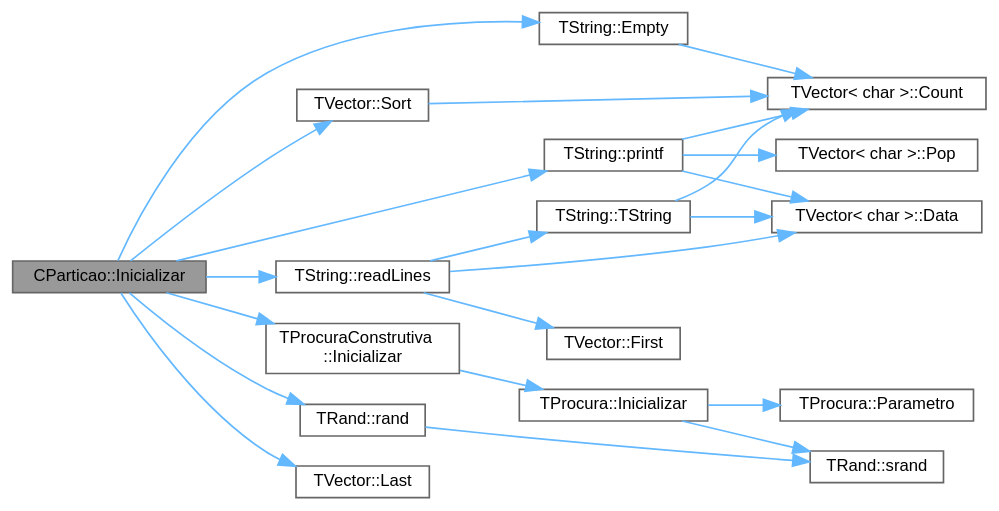
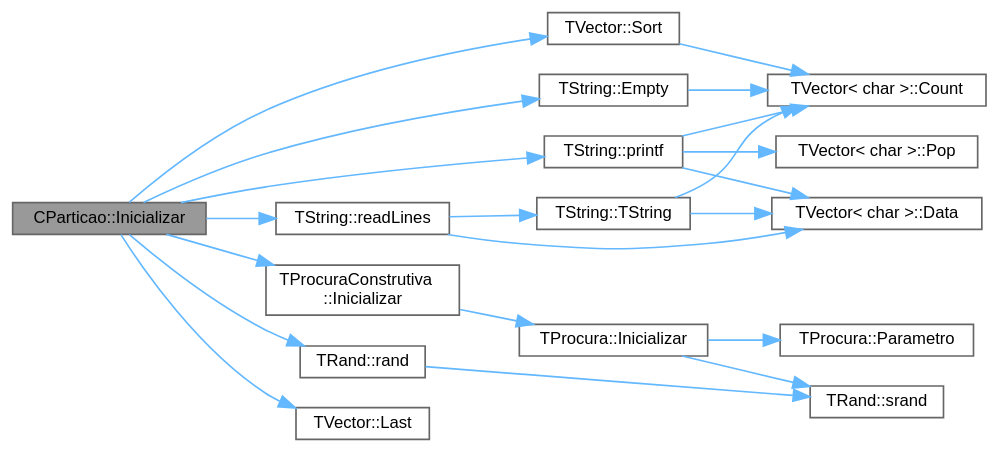
The diagram in classCParticao_a9398d7eb5af933dd64c50bb09bba6400_cgraph.dot (jcoelho72/TProcura), drawn with Graphviz before and after one commit. The commit also changed 23 other files, not shown here.

```diff
--- a/classCParticao_a9398d7eb5af933dd64c50bb09bba6400_cgraph.dot
+++ b/classCParticao_a9398d7eb5af933dd64c50bb09bba6400_cgraph.dot
@@ -1,45 +1,43 @@
 digraph "CParticao::Inicializar"
 {
  // LATEX_PDF_SIZE
   bgcolor="transparent";
   edge [fontname=Helvetica,fontsize=10,labelfontname=Helvetica,labelfontsize=10];
   node [fontname=Helvetica,fontsize=10,shape=box,height=0.2,width=0.4];
   rankdir="LR";
   Node1 [id="Node000001",label="CParticao::Inicializar",height=0.2,width=0.4,color="gray40", fillcolor="grey60", style="filled", fontcolor="black",tooltip="Coloca o objecto no estado inicial da procura."];
   Node1 -> Node2 [id="edge1_Node000001_Node000002",color="steelblue1",style="solid",tooltip=" "];
   Node2 [id="Node000002",label="TString::Empty",height=0.2,width=0.4,color="grey40", fillcolor="white", style="filled",URL="$classTString.html#a8c4d6fec2dd3afac9a4f3442b786af33",tooltip=" "];
   Node2 -> Node3 [id="edge2_Node000002_Node000003",color="steelblue1",style="solid",tooltip=" "];
   Node3 [id="Node000003",label="TVector\< char \>::Count",height=0.2,width=0.4,color="grey40", fillcolor="white", style="filled",URL="$classTVector.html#ac3c744d84543ca6e32859eb7dfccfeef",tooltip=" "];
   Node1 -> Node4 [id="edge3_Node000001_Node000004",color="steelblue1",style="solid",tooltip=" "];
   Node4 [id="Node000004",label="TProcuraConstrutiva\l::Inicializar",height=0.2,width=0.4,color="grey40", fillcolor="white", style="filled",URL="$group__RedefinicaoMandatoria.html#ga2eabd047192d429686aeadf549136d44",tooltip="Coloca o objecto no estado inicial da procura."];
   Node4 -> Node5 [id="edge4_Node000004_Node000005",color="steelblue1",style="solid",tooltip=" "];
   Node5 [id="Node000005",label="TProcura::Inicializar",height=0.2,width=0.4,color="grey40", fillcolor="white", style="filled",URL="$classTProcura.html#a1af0e64ed79d99972d8d48fadf839f43",tooltip="Coloca o objecto no estado inicial da procura."];
   Node5 -> Node6 [id="edge5_Node000005_Node000006",color="steelblue1",style="solid",tooltip=" "];
   Node6 [id="Node000006",label="TProcura::Parametro",height=0.2,width=0.4,color="grey40", fillcolor="white", style="filled",URL="$classTProcura.html#a0e9e692f29af8a5d5279a8647c800437",tooltip=" "];
   Node5 -> Node7 [id="edge6_Node000005_Node000007",color="steelblue1",style="solid",tooltip=" "];
   Node7 [id="Node000007",label="TRand::srand",height=0.2,width=0.4,color="grey40", fillcolor="white", style="filled",URL="$namespaceTRand.html#ad0b319d6f58ab6820b001b4e3d3ae245",tooltip="Inicializa a semente da geração pseudo-aleatória."];
   Node1 -> Node8 [id="edge7_Node000001_Node000008",color="steelblue1",style="solid",tooltip=" "];
   Node8 [id="Node000008",label="TVector::Last",height=0.2,width=0.4,color="grey40", fillcolor="white", style="filled",URL="$classTVector.html#aa304d639c79ef2842f9951846c6292e3",tooltip=" "];
   Node1 -> Node9 [id="edge8_Node000001_Node000009",color="steelblue1",style="solid",tooltip=" "];
   Node9 [id="Node000009",label="TString::printf",height=0.2,width=0.4,color="grey40", fillcolor="white", style="filled",URL="$classTString.html#a4b9a718839325a0e057bc6e2483d3f17",tooltip=" "];
   Node9 -> Node3 [id="edge9_Node000009_Node000003",color="steelblue1",style="solid",tooltip=" "];
   Node9 -> Node10 [id="edge10_Node000009_Node000010",color="steelblue1",style="solid",tooltip=" "];
   Node10 [id="Node000010",label="TVector\< char \>::Data",height=0.2,width=0.4,color="grey40", fillcolor="white", style="filled",URL="$classTVector.html#addd572d70b587092fddc21a8b0f53120",tooltip="Acesso direto."];
   Node9 -> Node11 [id="edge11_Node000009_Node000011",color="steelblue1",style="solid",tooltip=" "];
   Node11 [id="Node000011",label="TVector\< char \>::Pop",height=0.2,width=0.4,color="grey40", fillcolor="white", style="filled",URL="$classTVector.html#a3249913626d54e46b07e168ce1f05d87",tooltip=" "];
   Node1 -> Node12 [id="edge12_Node000001_Node000012",color="steelblue1",style="solid",tooltip=" "];
   Node12 [id="Node000012",label="TRand::rand",height=0.2,width=0.4,color="grey40", fillcolor="white", style="filled",URL="$namespaceTRand.html#a8f8ec155d796c5586198ac75eb966d4f",tooltip="Retorna o próximo valor pseudo-aleatório."];
   Node12 -> Node7 [id="edge13_Node000012_Node000007",color="steelblue1",style="solid",tooltip=" "];
   Node1 -> Node13 [id="edge14_Node000001_Node000013",color="steelblue1",style="solid",tooltip=" "];
   Node13 [id="Node000013",label="TString::readLines",height=0.2,width=0.4,color="grey40", fillcolor="white", style="filled",URL="$classTString.html#ae7b848f7e090aae31886c8fd535e1055",tooltip=" "];
   Node13 -> Node10 [id="edge15_Node000013_Node000010",color="steelblue1",style="solid",tooltip=" "];
   Node13 -> Node14 [id="edge16_Node000013_Node000014",color="steelblue1",style="solid",tooltip=" "];
-  Node14 [id="Node000014",label="TVector::First",height=0.2,width=0.4,color="grey40", fillcolor="white", style="filled",URL="$classTVector.html#a05f29646493d42f3c77081b6031d70e5",tooltip=" "];
-  Node13 -> Node15 [id="edge17_Node000013_Node000015",color="steelblue1",style="solid",tooltip=" "];
-  Node15 [id="Node000015",label="TString::TString",height=0.2,width=0.4,color="grey40", fillcolor="white", style="filled",URL="$classTString.html#a2fb70d94c8fdba6d90145a01aec1ce3f",tooltip=" "];
-  Node15 -> Node3 [id="edge18_Node000015_Node000003",color="steelblue1",style="solid",tooltip=" "];
-  Node15 -> Node10 [id="edge19_Node000015_Node000010",color="steelblue1",style="solid",tooltip=" "];
-  Node1 -> Node16 [id="edge20_Node000001_Node000016",color="steelblue1",style="solid",tooltip=" "];
-  Node16 [id="Node000016",label="TVector::Sort",height=0.2,width=0.4,color="grey40", fillcolor="white", style="filled",URL="$classTVector.html#a6006a477a6794ac80c97cc35c8925699",tooltip="Ordena todo o vetor, opcionalmente devolvendo índices ordenados."];
-  Node16 -> Node3 [id="edge21_Node000016_Node000003",color="steelblue1",style="solid",tooltip=" "];
+  Node14 [id="Node000014",label="TString::TString",height=0.2,width=0.4,color="grey40", fillcolor="white", style="filled",URL="$classTString.html#a2fb70d94c8fdba6d90145a01aec1ce3f",tooltip=" "];
+  Node14 -> Node3 [id="edge17_Node000014_Node000003",color="steelblue1",style="solid",tooltip=" "];
+  Node14 -> Node10 [id="edge18_Node000014_Node000010",color="steelblue1",style="solid",tooltip=" "];
+  Node1 -> Node15 [id="edge19_Node000001_Node000015",color="steelblue1",style="solid",tooltip=" "];
+  Node15 [id="Node000015",label="TVector::Sort",height=0.2,width=0.4,color="grey40", fillcolor="white", style="filled",URL="$classTVector.html#a6006a477a6794ac80c97cc35c8925699",tooltip="Ordena todo o vetor, opcionalmente devolvendo índices ordenados."];
+  Node15 -> Node3 [id="edge20_Node000015_Node000003",color="steelblue1",style="solid",tooltip=" "];
 }
```
